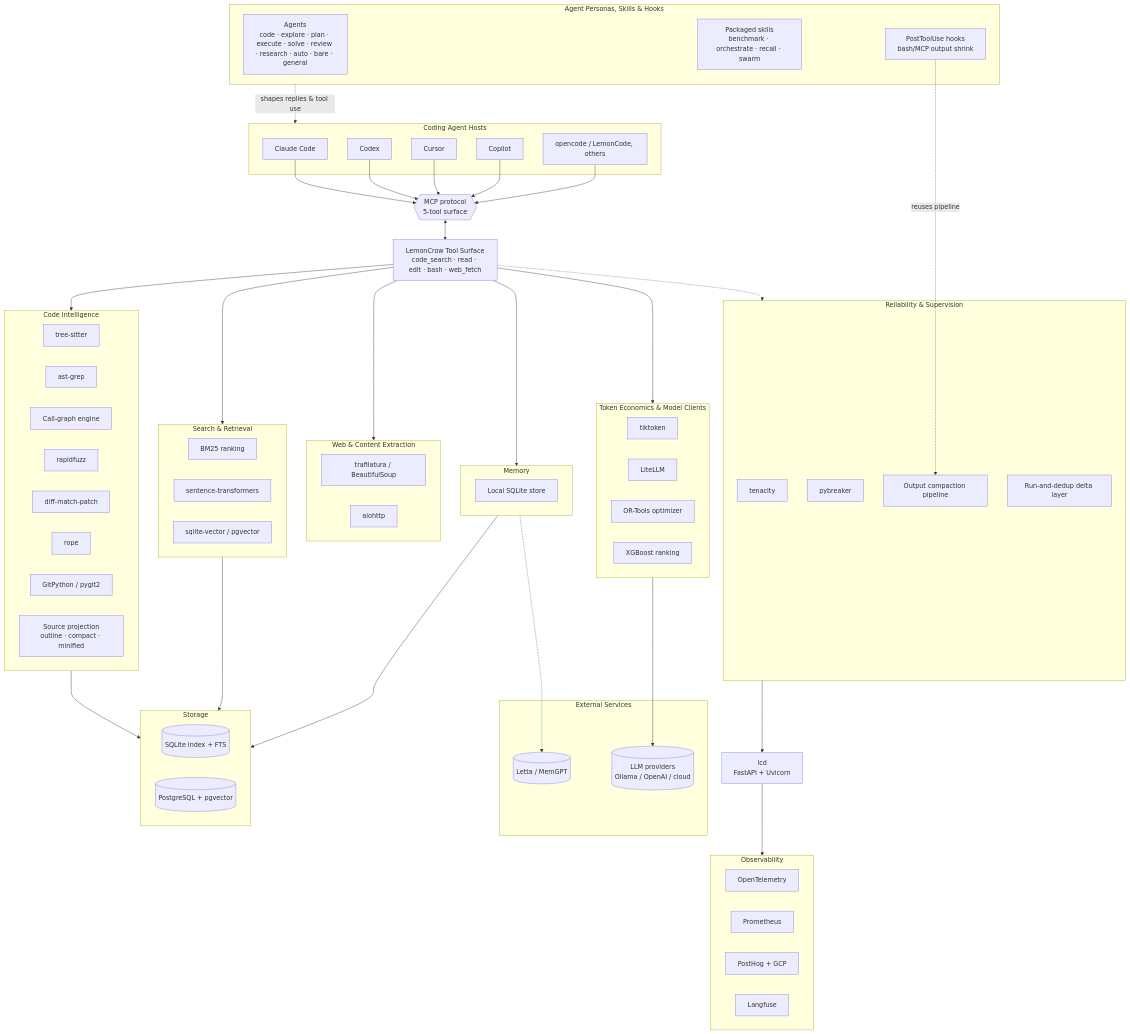
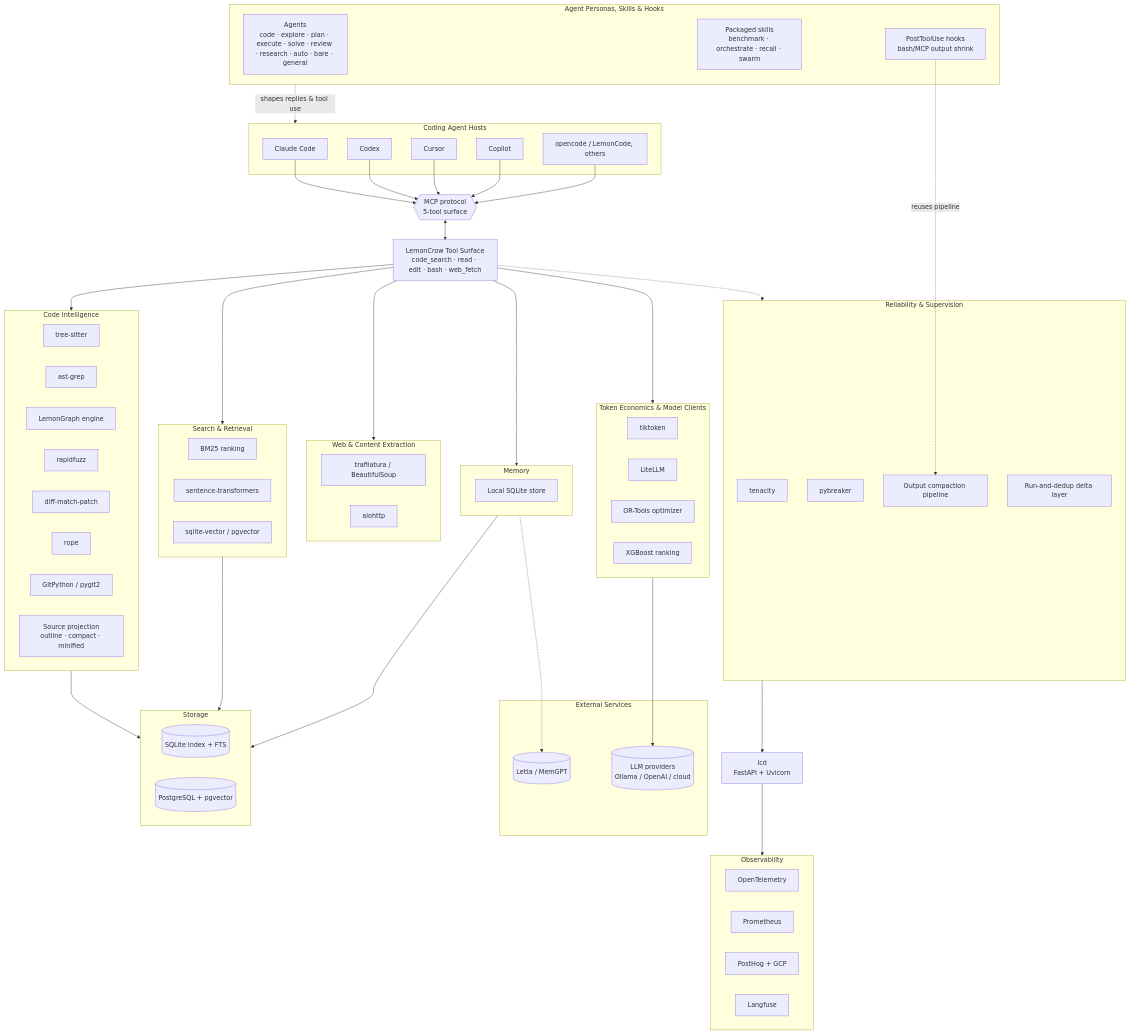
Before and after one commit to lemoncrow-lab/lemoncrow: the diagram in docs/reference/architecture.md, drawn with Mermaid. The commit also changed other lines of this file and 50 other files, not shown here.

```diff
--- a/docs/reference/architecture.md
+++ b/docs/reference/architecture.md
@@ -26,7 +26,7 @@
     subgraph CodeIntel["Code Intelligence"]
         TS["tree-sitter"]
         SG["ast-grep"]
-        CG["Call-graph engine"]
+        CG["LemonGraph engine"]
         Fuzzy["rapidfuzz"]
         Diff["diff-match-patch"]
         Rope["rope"]
```
